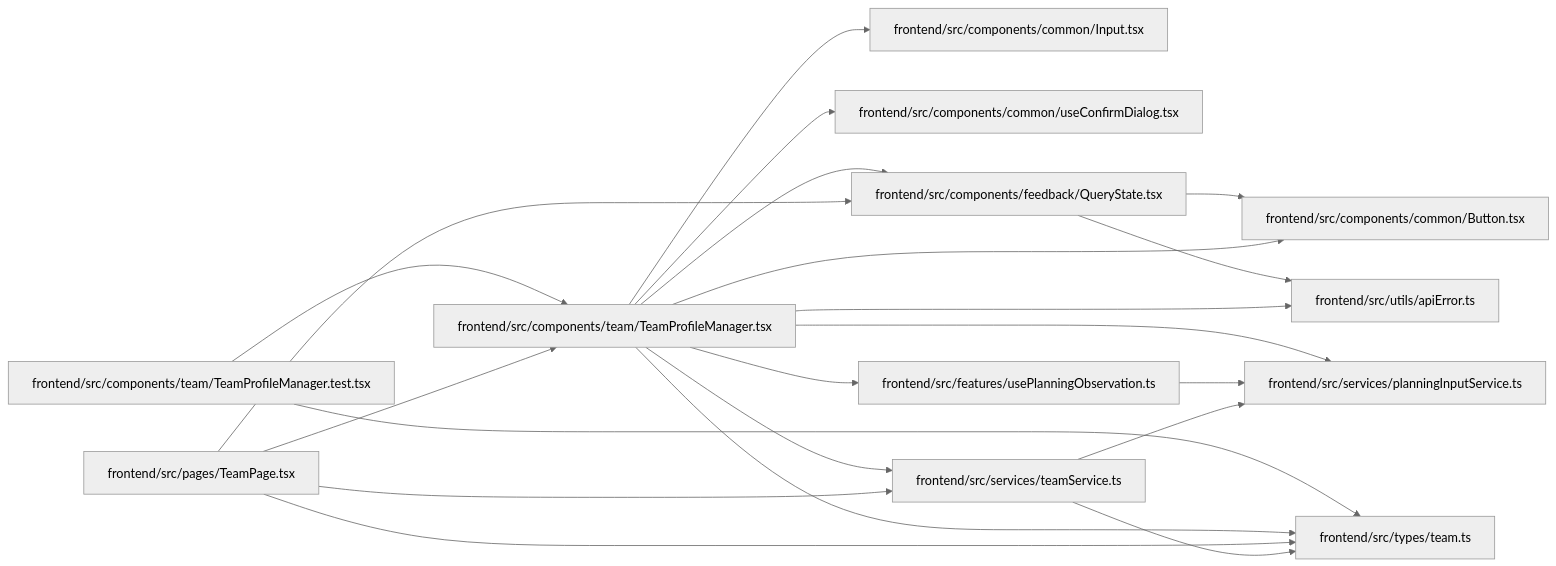
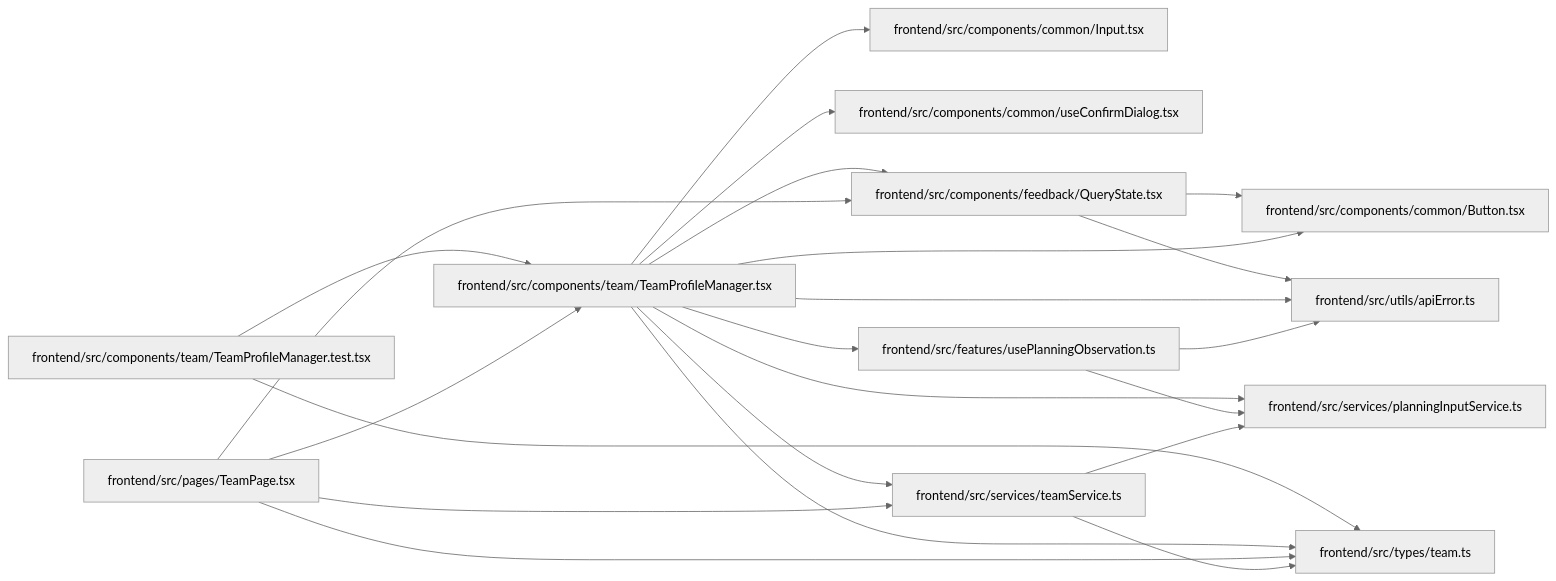
One commit to Denissvgn/WorkChord changed the diagram in docs/llm_wiki/modules/TeamProfileManager.md. Above: the diagram before and after it, drawn with Mermaid (neutral theme). The commit also changed 555 other files, not shown here.

````diff
--- a/docs/llm_wiki/modules/TeamProfileManager.md
+++ b/docs/llm_wiki/modules/TeamProfileManager.md
@@ -37,47 +37,48 @@
 ```mermaid
 flowchart LR
     n0["frontend/src/components/common/Button.tsx"]
     n1["frontend/src/components/common/Input.tsx"]
     n2["frontend/src/components/common/useConfirmDialog.tsx"]
     n3["frontend/src/components/feedback/QueryState.tsx"]
     n4["frontend/src/components/team/TeamProfileManager.test.tsx"]
     n5["frontend/src/components/team/TeamProfileManager.tsx"]
     n6["frontend/src/features/usePlanningObservation.ts"]
     n7["frontend/src/pages/TeamPage.tsx"]
     n8["frontend/src/services/planningInputService.ts"]
     n9["frontend/src/services/teamService.ts"]
     n10["frontend/src/types/team.ts"]
     n11["frontend/src/utils/apiError.ts"]
     n3 --> n0
     n3 --> n11
     n4 --> n5
     n4 --> n10
     n5 --> n0
     n5 --> n1
     n5 --> n2
     n5 --> n3
     n5 --> n6
     n5 --> n8
     n5 --> n9
     n5 --> n10
     n5 --> n11
     n6 --> n8
+    n6 --> n11
     n7 --> n3
     n7 --> n5
     n7 --> n9
     n7 --> n10
     n9 --> n8
     n9 --> n10
     click n0 "../modules/Button.md"
     click n1 "../modules/Input.md"
     click n2 "../modules/useConfirmDialog.md"
     click n3 "../modules/QueryState.md"
     click n4 "../modules/TeamProfileManager.test.md"
     click n5 "../modules/TeamProfileManager.md"
     click n6 "../modules/usePlanningObservation.md"
     click n7 "../modules/TeamPage.md"
     click n8 "../modules/planningInputService.md"
     click n9 "../modules/teamService.md"
     click n10 "../modules/types_team.md"
     click n11 "../modules/apiError.md"
 ```
````
